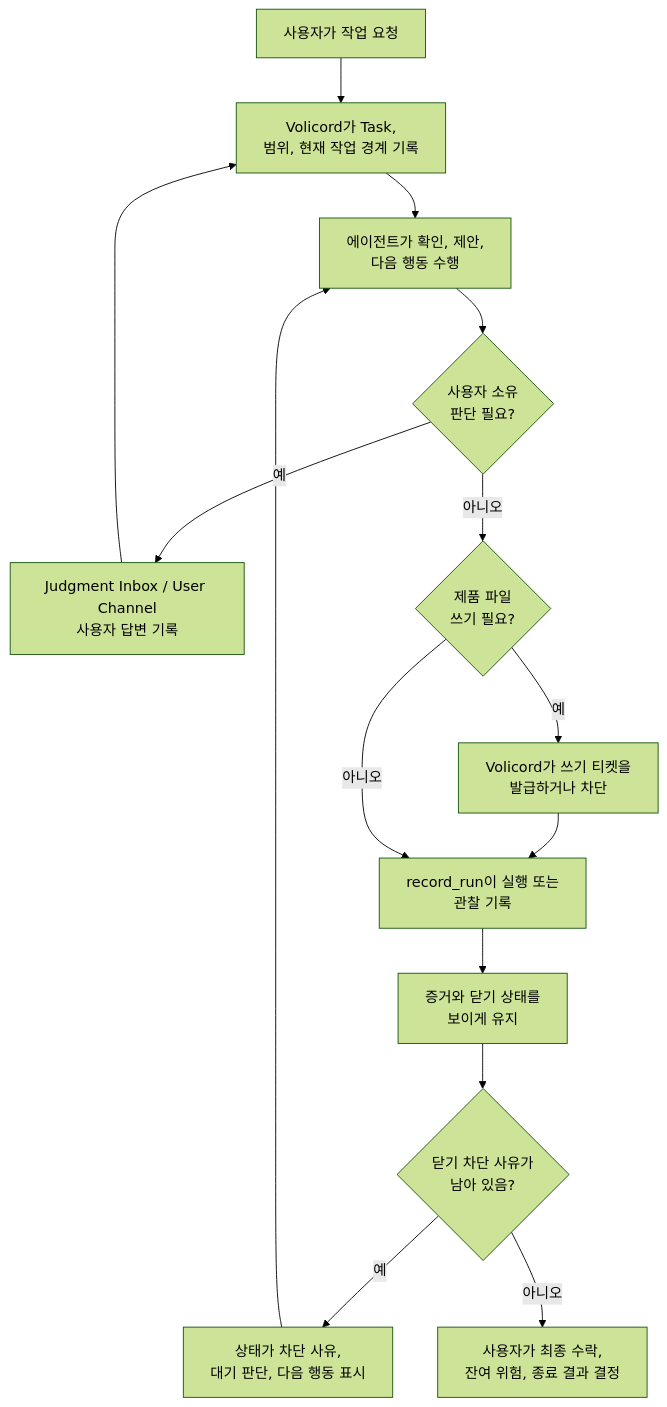
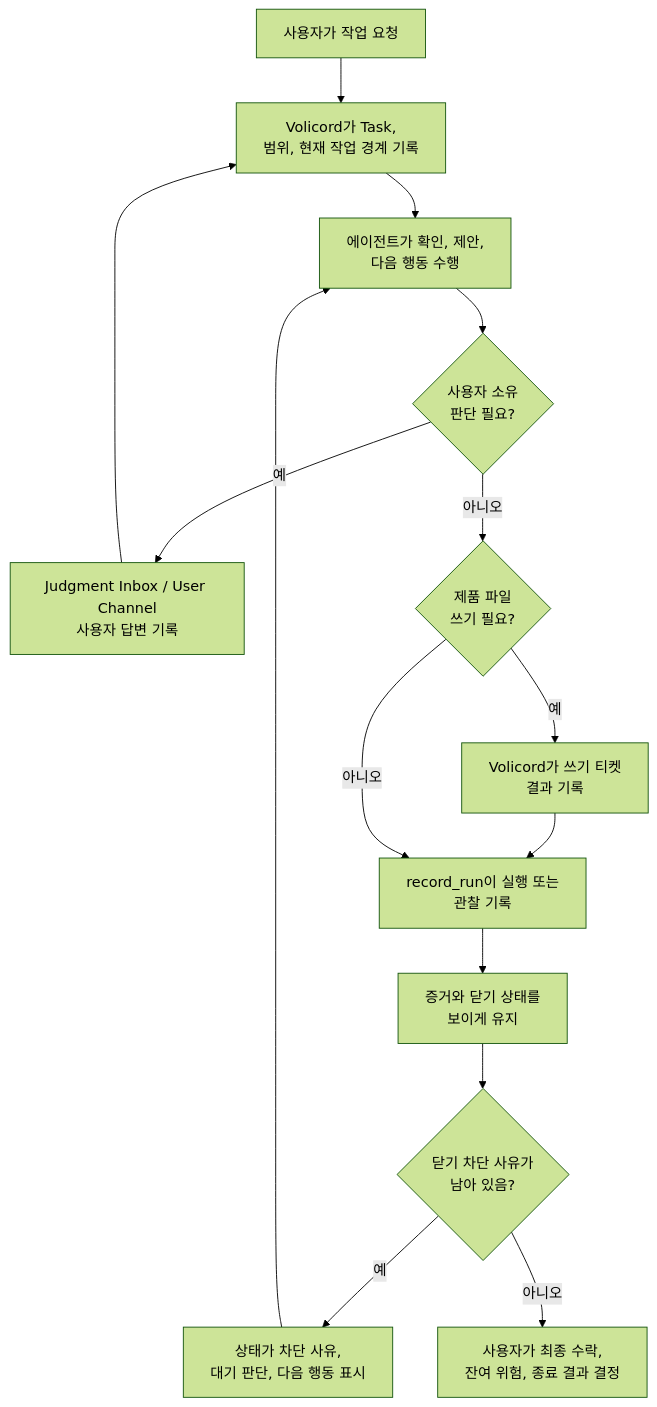
One commit to minjungw00/Volicord changed the second of 2 diagrams in README.ko.md. Above: the diagram before and after it, drawn with Mermaid (forest theme). The commit also changed other lines of this file and 33 other files, not shown here.

````diff
--- a/README.ko.md
+++ b/README.ko.md
@@ -86,24 +86,24 @@
 ```mermaid
 flowchart TD
   request["사용자가 작업 요청"]
   task["Volicord가 Task,<br/>범위, 현재 작업 경계 기록"]
   agent["에이전트가 확인, 제안,<br/>다음 행동 수행"]
   judgment{"사용자 소유<br/>판단 필요?"}
   inbox["Judgment Inbox / User Channel<br/>사용자 답변 기록"]
   write{"제품 파일<br/>쓰기 필요?"}
-  ticket["Volicord가 쓰기 티켓을<br/>발급하거나 차단"]
+  ticket["Volicord가 쓰기 티켓<br/>결과 기록"]
   run["record_run이 실행 또는<br/>관찰 기록"]
   evidence["증거와 닫기 상태를<br/>보이게 유지"]
   close{"닫기 차단 사유가<br/>남아 있음?"}
   status["상태가 차단 사유,<br/>대기 판단, 다음 행동 표시"]
   finish["사용자가 최종 수락,<br/>잔여 위험, 종료 결과 결정"]
 
   request --> task --> agent --> judgment
   judgment -- 예 --> inbox --> task
   judgment -- 아니오 --> write
   write -- 예 --> ticket --> run
   write -- 아니오 --> run
   run --> evidence --> close
   close -- 예 --> status --> agent
   close -- 아니오 --> finish
 ```
````
